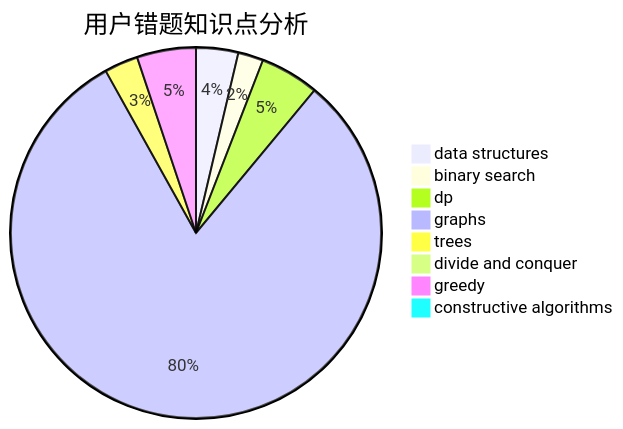
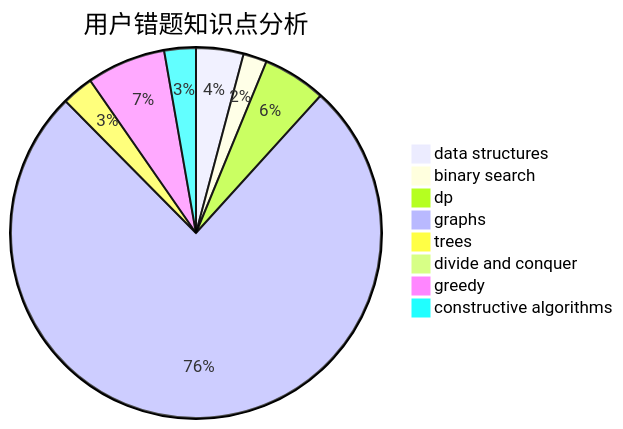
Before and after one commit to sherpahu/cfrs.github.io: the third of 3 diagrams in docs/user/u2450.md, drawn with Mermaid. The commit also changed other lines of this file and 2770 other files, not shown here.

````diff
--- a/docs/user/u2450.md
+++ b/docs/user/u2450.md
@@ -36,11 +36,11 @@
 ```mermaid
 pie title 用户错题知识点分析
-    "data structures" :  5
+    "data structures" :  6
     "binary search" :  3
-    "dp" :  7
+    "dp" :  8
     "graphs" :  110
     "trees" :  4
     "divide and conquer" :  0
-    "greedy" :  7
-    "constructive algorithms" :  1
+    "greedy" :  10
+    "constructive algorithms" :  4
 ```
````
